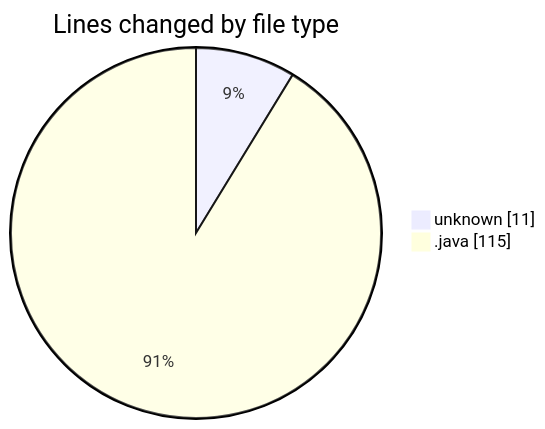
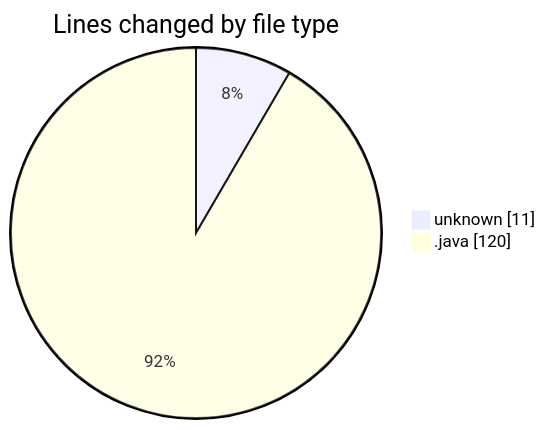
The first of 2 diagrams in 2026-04-12/chatserver/README.md (hasnaa123/code-tracking), drawn with Mermaid before and after one commit. The commit also changed other lines of this file and 1 other file, not shown here.

````diff
--- a/2026-04-12/chatserver/README.md
+++ b/2026-04-12/chatserver/README.md
@@ -23,6 +23,6 @@
 ```mermaid
 pie showData
 title Lines changed by file type
 "unknown" : 11
-".java" : 115
+".java" : 120
 ```
````
